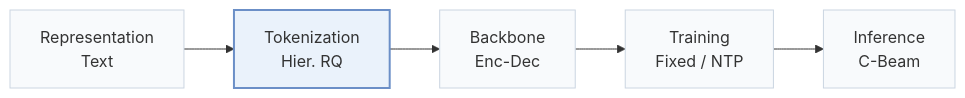
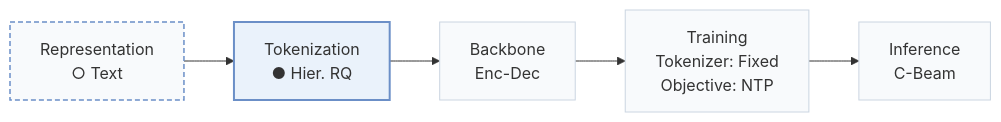
Before and after one commit to Galaxy-ghost/Awesome-SID-Generative-Rec: the first of 3 diagrams in pages/papers/hid-vae.md, drawn with Mermaid. The commit also changed other lines of this file and 558 other files, not shown here.

````diff
--- a/pages/papers/hid-vae.md
+++ b/pages/papers/hid-vae.md
@@ -15,8 +18,10 @@
 ```mermaid
 flowchart LR
-    R["Representation<br/>Text"] --> T["Tokenization<br/>Hier. RQ"] --> B["Backbone<br/>Enc-Dec"] --> TR["Training<br/>Fixed / NTP"] --> I["Inference<br/>C-Beam"]
+    R["Representation<br/>○ Text"] --> T["Tokenization<br/>● Hier. RQ"] --> B["Backbone<br/>Enc-Dec"] --> TR["Training<br/>Tokenizer: Fixed<br/>Objective: NTP"] --> I["Inference<br/>C-Beam"]
     classDef base fill:#f8fafc,stroke:#cbd5e1
     class R,T,B,TR,I base
+    classDef other fill:#f8fafc,stroke:#6b8fc7,stroke-width:1.5px,stroke-dasharray:5 3
+    class R other
     classDef main fill:#eaf2fb,stroke:#6b8fc7,stroke-width:2px
     class T main
 ```
````
